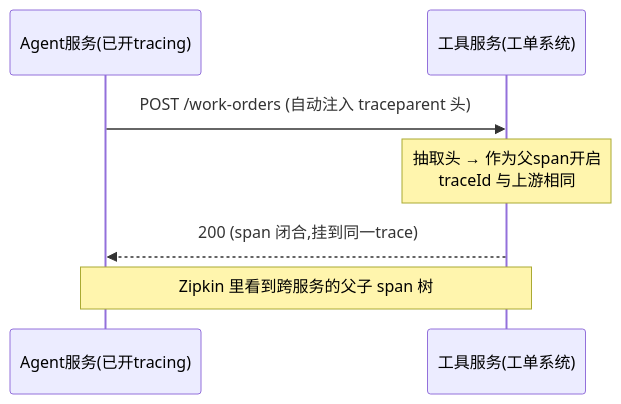
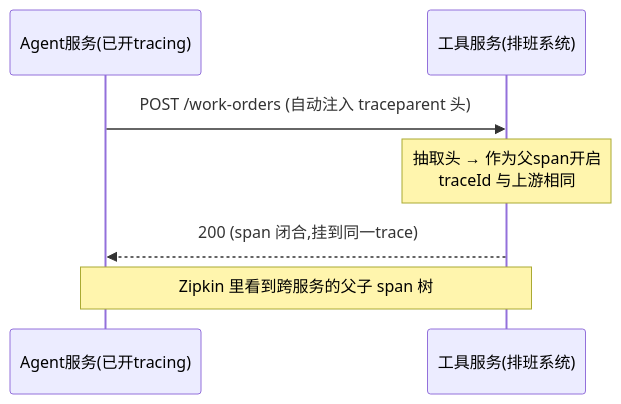
Before and after one commit to UranusGit/java-agent-learn: the diagram in docs/附录/18-Observation/10-观测测试与跨服务传播：TestObservationRegistry与trace透传.md, drawn with Mermaid. The commit also changed other lines of this file and 12 other files, not shown here.

````diff
--- a/docs/附录/18-Observation/10-观测测试与跨服务传播：TestObservationRegistry与trace透传.md
+++ b/docs/附录/18-Observation/10-观测测试与跨服务传播：TestObservationRegistry与trace透传.md
@@ -86,9 +87,9 @@
 ```mermaid
 sequenceDiagram
     participant A as Agent服务(已开tracing)
-    participant T as 工具服务(工单系统)
+    participant T as 工具服务(排班系统)
     A->>T: POST /work-orders (自动注入 traceparent 头)
     Note over T: 抽取头 → 作为父span开启<br/>traceId 与上游相同
     T-->>A: 200 (span 闭合,挂到同一trace)
     Note over A,T: Zipkin 里看到跨服务的父子 span 树
 ```
````
